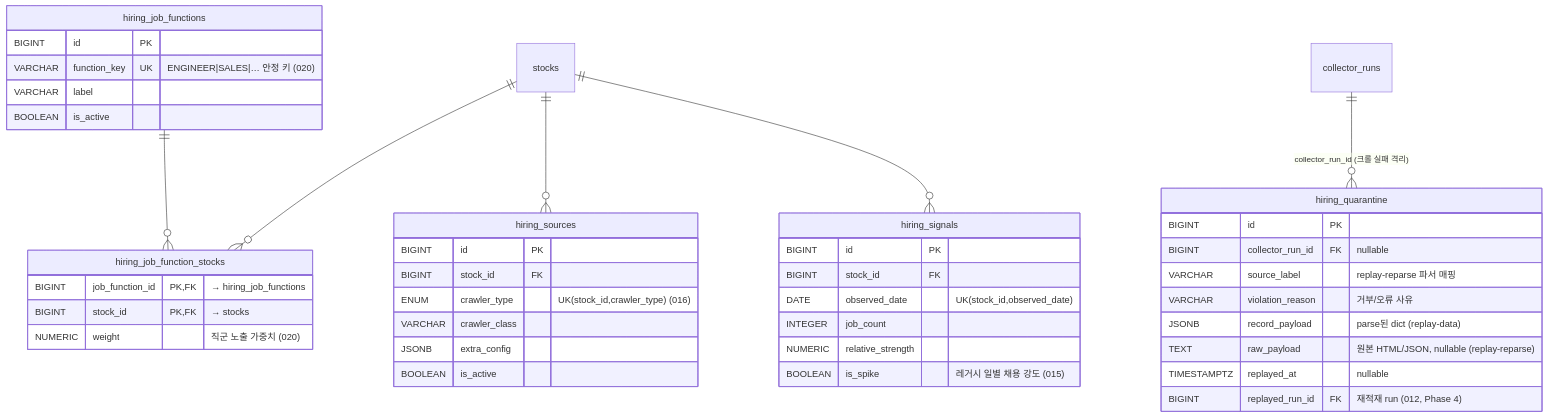
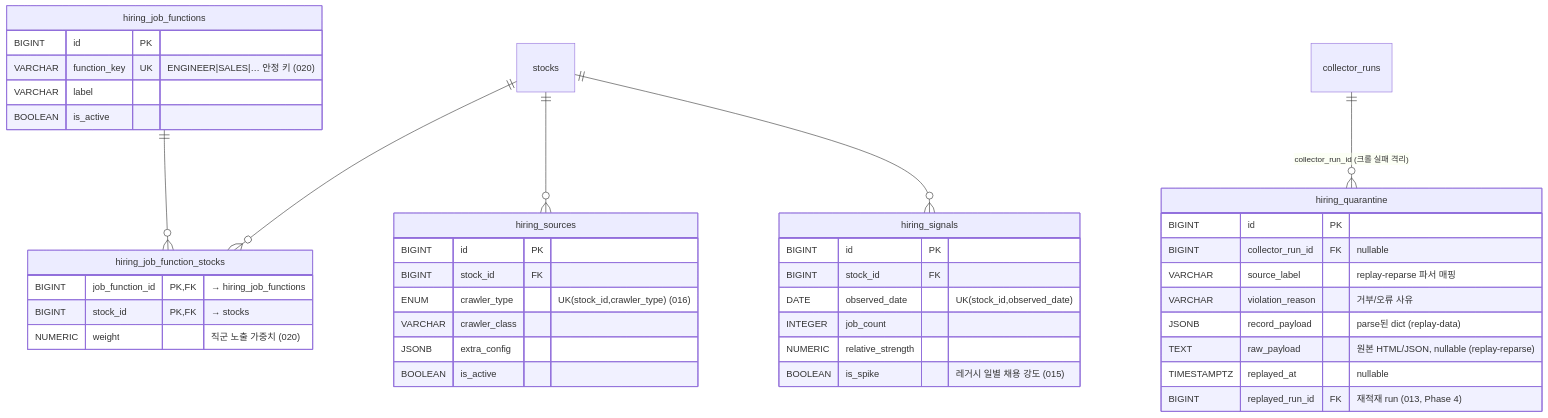
Before and after one commit to AIX14-3/signal-alpha: the tenth of 10 diagrams in database/erd/signal_alpha_core_erd.md, drawn with Mermaid. The commit also changed 1 other file, not shown here.

Commit message:
docs(db): hiring_quarantine 마이그레이션 번호 표기 012→013 정합 (#202)
마이그레이션 파일은 00b0540(012 중복 → 013 rename)에서 이미 정리됐으나,
DB 문서의 번호 표기가 012로 남아 불일치 → table_descriptions·ERD 갱신.

- table_descriptions.md: hiring_quarantine 행 "012, Phase 4" → "013, Phase 4"
- erd/signal_alpha_core_erd.md: replayed_run_id 주석 "(012, Phase 4)" → "(013)"

마이그레이션 파일(013) 내부 헤더 주석은 checksum 정합 보호 위해 미변경(기능 무관).

Closes #202

````diff
--- a/database/erd/signal_alpha_core_erd.md
+++ b/database/erd/signal_alpha_core_erd.md
@@ -501,50 +501,50 @@
 ```mermaid
 erDiagram
     hiring_signals {
         BIGINT id PK
         BIGINT stock_id FK
         DATE observed_date "UK(stock_id,observed_date)"
         INTEGER job_count
         NUMERIC relative_strength
         BOOLEAN is_spike "레거시 일별 채용 강도 (015)"
     }
 
     hiring_sources {
         BIGINT id PK
         BIGINT stock_id FK
         ENUM crawler_type "UK(stock_id,crawler_type) (016)"
         VARCHAR crawler_class
         JSONB extra_config
         BOOLEAN is_active
     }
 
     hiring_job_functions {
         BIGINT id PK
         VARCHAR function_key UK "ENGINEER|SALES|… 안정 키 (020)"
         VARCHAR label
         BOOLEAN is_active
     }
 
     hiring_job_function_stocks {
         BIGINT job_function_id PK,FK "→ hiring_job_functions"
         BIGINT stock_id PK,FK "→ stocks"
         NUMERIC weight "직군 노출 가중치 (020)"
     }
 
     hiring_quarantine {
         BIGINT id PK
         BIGINT collector_run_id FK "nullable"
         VARCHAR source_label "replay-reparse 파서 매핑"
         VARCHAR violation_reason "거부/오류 사유"
         JSONB record_payload "parse된 dict (replay-data)"
         TEXT raw_payload "원본 HTML/JSON, nullable (replay-reparse)"
         TIMESTAMPTZ replayed_at "nullable"
-        BIGINT replayed_run_id FK "재적재 run (012, Phase 4)"
+        BIGINT replayed_run_id FK "재적재 run (013, Phase 4)"
     }
 
     stocks ||--o{ hiring_signals : ""
     stocks ||--o{ hiring_sources : ""
     stocks ||--o{ hiring_job_function_stocks : ""
     hiring_job_functions ||--o{ hiring_job_function_stocks : ""
     collector_runs ||--o{ hiring_quarantine : "collector_run_id (크롤 실패 격리)"
 ```
````
